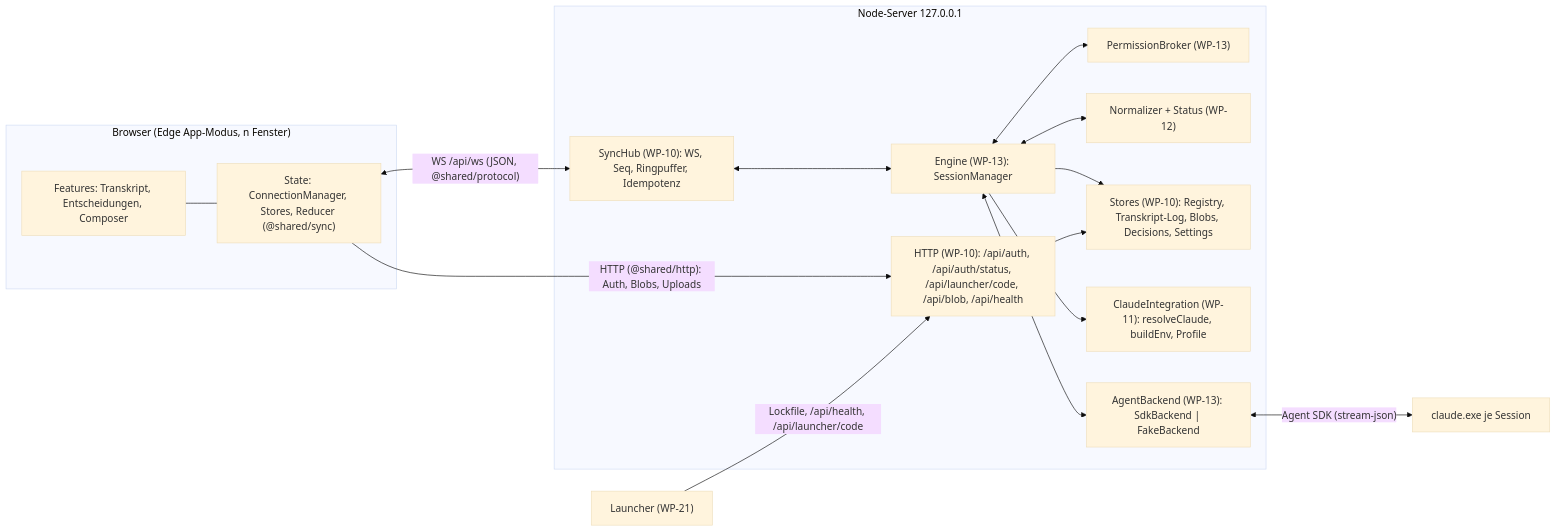
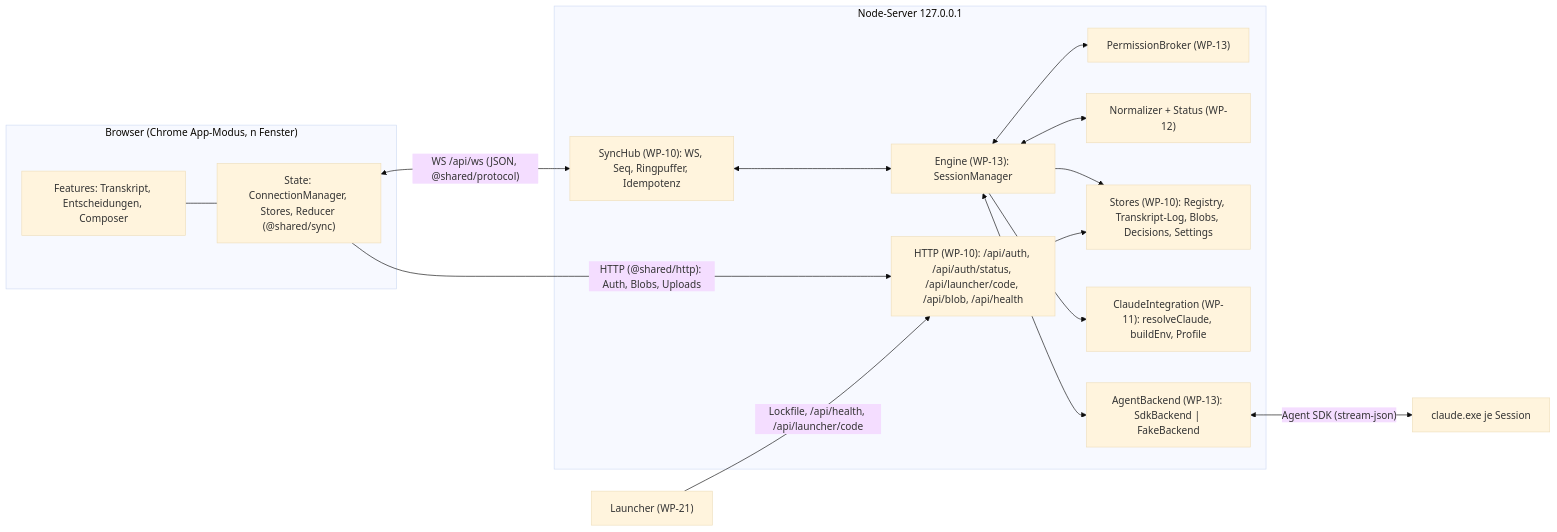
One commit to DerXHelp/parallax changed the first of 10 diagrams in docs/architecture.md. Above: the diagram before and after it, drawn with Mermaid (base theme). The commit also changed other lines of this file and 45 other files, not shown here.

First line of the commit message:
CHROME: App-Fenster und E2E in Google Chrome statt Edge (ADR-136)

````diff
--- a/docs/architecture.md
+++ b/docs/architecture.md
@@ -26,29 +26,29 @@
 ```mermaid
 flowchart LR
-  subgraph Browser["Browser (Edge App-Modus, n Fenster)"]
+  subgraph Browser["Browser (Chrome App-Modus, n Fenster)"]
     UI["Features: Transkript, Entscheidungen, Composer"]
     ST["State: ConnectionManager, Stores, Reducer (@shared/sync)"]
     UI --- ST
   end
   subgraph Server["Node-Server 127.0.0.1"]
     HUB["SyncHub (WP-10): WS, Seq, Ringpuffer, Idempotenz"]
     HTTP["HTTP (WP-10): /api/auth, /api/auth/status, /api/launcher/code, /api/blob, /api/health"]
     ENG["Engine (WP-13): SessionManager"]
     BRK["PermissionBroker (WP-13)"]
     NRM["Normalizer + Status (WP-12)"]
     STO["Stores (WP-10): Registry, Transkript-Log, Blobs, Decisions, Settings"]
     CI["ClaudeIntegration (WP-11): resolveClaude, buildEnv, Profile"]
     BE["AgentBackend (WP-13): SdkBackend | FakeBackend"]
     HUB <--> ENG
     ENG <--> NRM
     ENG <--> BRK
     ENG --> STO
     ENG --> CI
     ENG <--> BE
     HTTP --> STO
   end
   ST <-->|"WS /api/ws (JSON, @shared/protocol)"| HUB
   ST -->|"HTTP (@shared/http): Auth, Blobs, Uploads"| HTTP
   LA["Launcher (WP-21)"] -->|"Lockfile, /api/health, /api/launcher/code"| HTTP
   BE <-->|"Agent SDK (stream-json)"| CLI["claude.exe je Session"]
 ```
````
